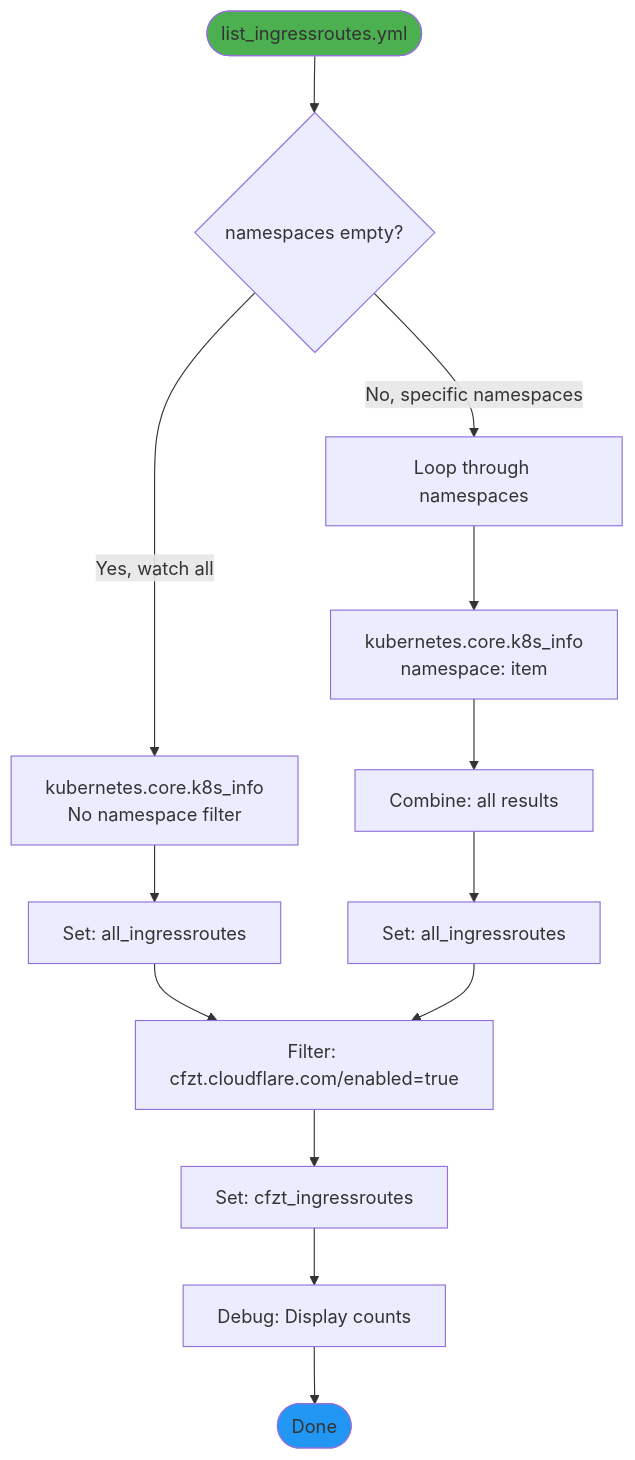
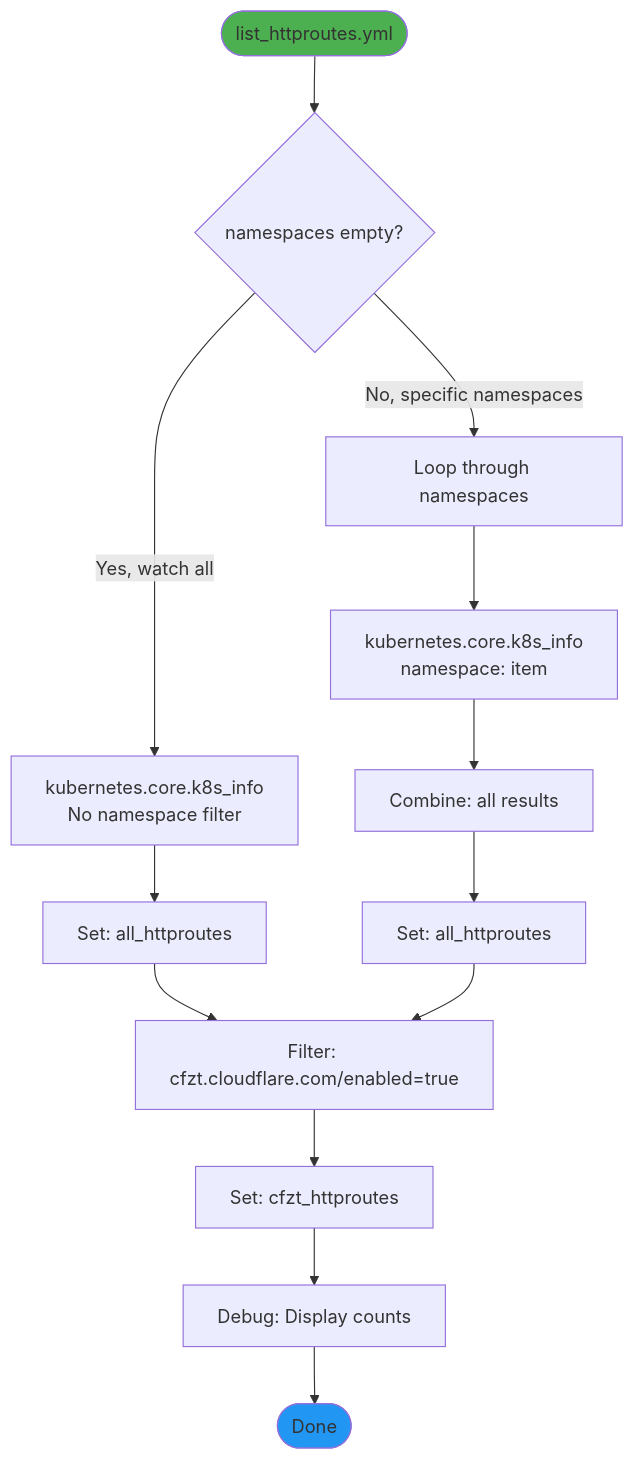
Before and after one commit to wheetazlab/cloudflare-zero-trust-operator: the sixth of 20 diagrams in docs/flow.md, drawn with Mermaid. The commit also changed other lines of this file and 24 other files, not shown here.

````diff
--- a/docs/flow.md
+++ b/docs/flow.md
@@ -508,24 +508,24 @@
 ```mermaid
 flowchart TD
-    START([list_ingressroutes.yml]) --> CHECK{namespaces empty?}
+    START([list_httproutes.yml]) --> CHECK{namespaces empty?}
     
     CHECK -->|Yes, watch all| ALL[kubernetes.core.k8s_info<br/>No namespace filter]
     CHECK -->|No, specific namespaces| LOOP[Loop through namespaces]
     
-    ALL --> SET_ALL[Set: all_ingressroutes]
+    ALL --> SET_ALL[Set: all_httproutes]
     
     LOOP --> EACH[kubernetes.core.k8s_info<br/>namespace: item]
     EACH --> COMBINE[Combine: all results]
-    COMBINE --> SET_SPECIFIC[Set: all_ingressroutes]
+    COMBINE --> SET_SPECIFIC[Set: all_httproutes]
     
     SET_ALL --> FILTER[Filter: cfzt.cloudflare.com/enabled=true]
     SET_SPECIFIC --> FILTER
     
-    FILTER --> SET_FILTERED[Set: cfzt_ingressroutes]
+    FILTER --> SET_FILTERED[Set: cfzt_httproutes]
     SET_FILTERED --> COUNT[Debug: Display counts]
     
     COUNT --> END([Done])
     
     style START fill:#4CAF50
     style END fill:#2196F3
 ```
````
